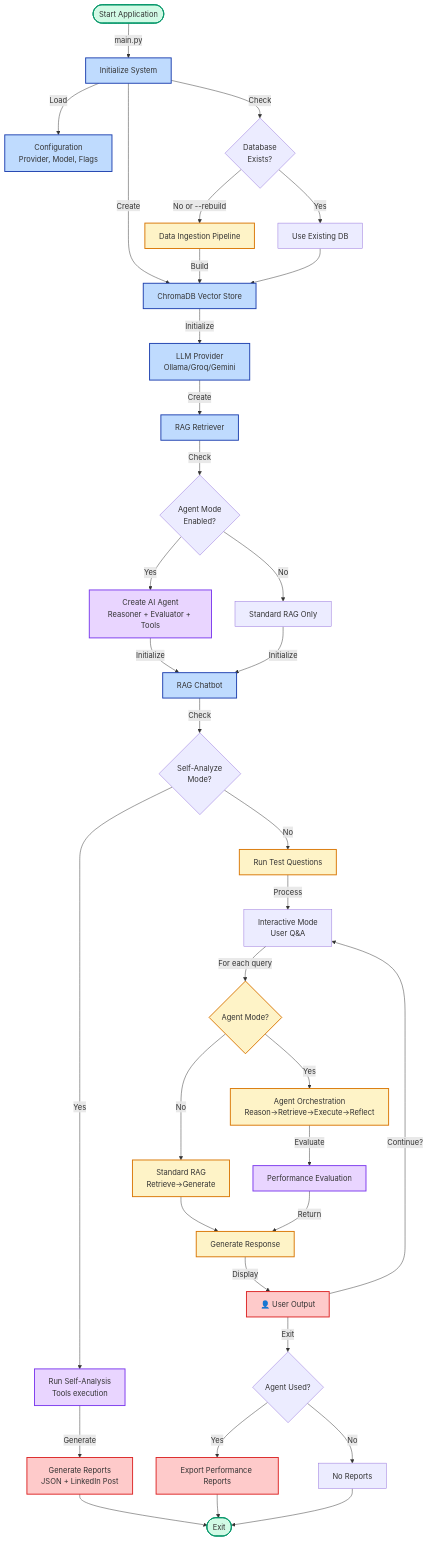
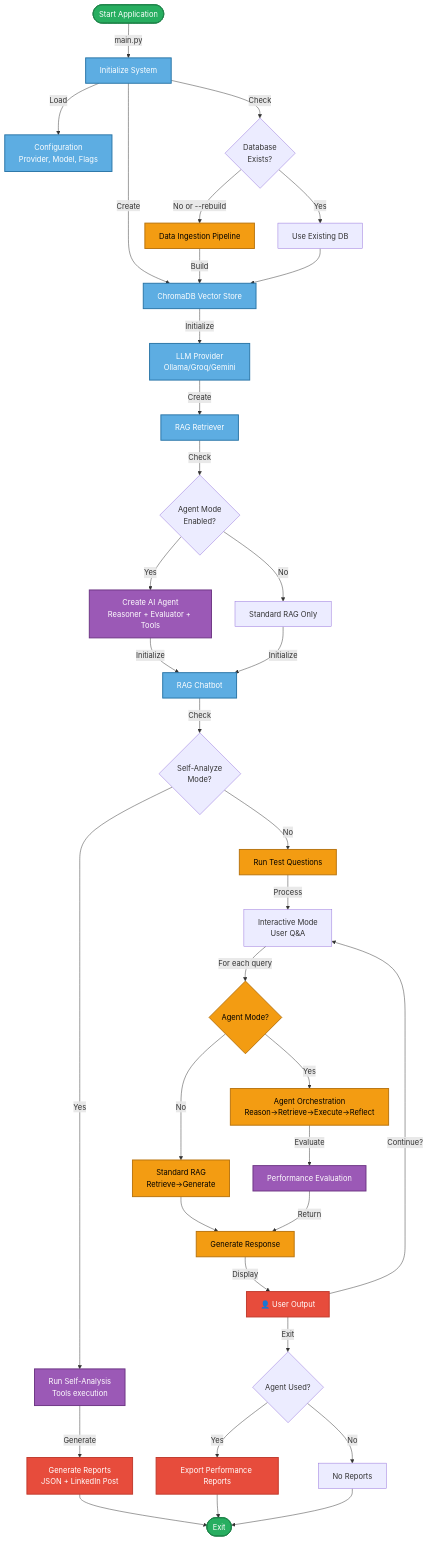
One commit to shabbir-ciklum/rag-chatbot-module4-assignment changed the seventh of 7 diagrams in ARCHITECTURE_COMPONENTS.md. Above: the diagram before and after it, drawn with Mermaid. The commit also changed other lines of this file, not shown here.

Commit message:
update architecture diagram with theme friendly colors

````diff
--- a/ARCHITECTURE_COMPONENTS.md
+++ b/ARCHITECTURE_COMPONENTS.md
@@ -437,67 +437,67 @@
 ```mermaid
 graph TB
     Start([Start Application]) -->|main.py| Init[Initialize System]
 
     Init -->|Load| Config[Configuration<br/>Provider, Model, Flags]
     Init -->|Create| VectorStore[ChromaDB Vector Store]
     Init -->|Check| DBExists{Database<br/>Exists?}
 
     DBExists -->|No or --rebuild| Ingestion[Data Ingestion Pipeline]
     DBExists -->|Yes| SkipIngestion[Use Existing DB]
 
     Ingestion -->|Build| VectorStore
     SkipIngestion --> VectorStore
 
     VectorStore -->|Initialize| LLMProvider[LLM Provider<br/>Ollama/Groq/Gemini]
     LLMProvider -->|Create| Retriever[RAG Retriever]
 
     Retriever -->|Check| AgentMode{Agent Mode<br/>Enabled?}
 
     AgentMode -->|Yes| CreateAgent[Create AI Agent<br/>Reasoner + Evaluator + Tools]
     AgentMode -->|No| SkipAgent[Standard RAG Only]
 
     CreateAgent -->|Initialize| Chatbot[RAG Chatbot]
     SkipAgent -->|Initialize| Chatbot
 
     Chatbot -->|Check| SelfAnalyze{Self-Analyze<br/>Mode?}
 
     SelfAnalyze -->|Yes| RunAnalysis[Run Self-Analysis<br/>Tools execution]
     SelfAnalyze -->|No| RunQueries[Run Test Questions]
 
     RunAnalysis -->|Generate| Reports[Generate Reports<br/>JSON + LinkedIn Post]
     Reports --> End([Exit])
 
     RunQueries -->|Process| Interactive[Interactive Mode<br/>User Q&A]
 
     Interactive -->|For each query| Process{Agent Mode?}
 
     Process -->|Yes| AgentFlow[Agent Orchestration<br/>Reason→Retrieve→Execute→Reflect]
     Process -->|No| RAGFlow[Standard RAG<br/>Retrieve→Generate]
 
     AgentFlow -->|Evaluate| Metrics[Performance Evaluation]
     RAGFlow --> Response[Generate Response]
 
     Metrics -->|Return| Response
     Response -->|Display| User[👤 User Output]
 
     User -->|Continue?| Interactive
     User -->|Exit| FinalReport{Agent Used?}
 
     FinalReport -->|Yes| ExportReports[Export Performance Reports]
     FinalReport -->|No| SkipReports[No Reports]
 
     ExportReports --> End
     SkipReports --> End
 
-    classDef start fill:#d1fae5,stroke:#059669,stroke-width:2px
-    classDef init fill:#bfdbfe,stroke:#1e40af,stroke-width:2px
-    classDef process fill:#fef3c7,stroke:#d97706,stroke-width:2px
-    classDef agent fill:#e9d5ff,stroke:#7c3aed,stroke-width:2px
-    classDef output fill:#fecaca,stroke:#dc2626,stroke-width:2px
+    classDef start fill:#27AE60,stroke:#1E8449,stroke-width:2px,color:#fff
+    classDef init fill:#5DADE2,stroke:#2874A6,stroke-width:2px,color:#fff
+    classDef process fill:#F39C12,stroke:#B8730D,stroke-width:2px,color:#000
+    classDef agent fill:#9B59B6,stroke:#6C3483,stroke-width:2px,color:#fff
+    classDef output fill:#E74C3C,stroke:#C0392B,stroke-width:2px,color:#fff
 
     class Start,End start
     class Init,Config,VectorStore,LLMProvider,Retriever,Chatbot init
     class Ingestion,RunQueries,Process,RAGFlow,AgentFlow,Response process
     class CreateAgent,RunAnalysis,Metrics agent
     class Reports,ExportReports,User output
 ```
````
